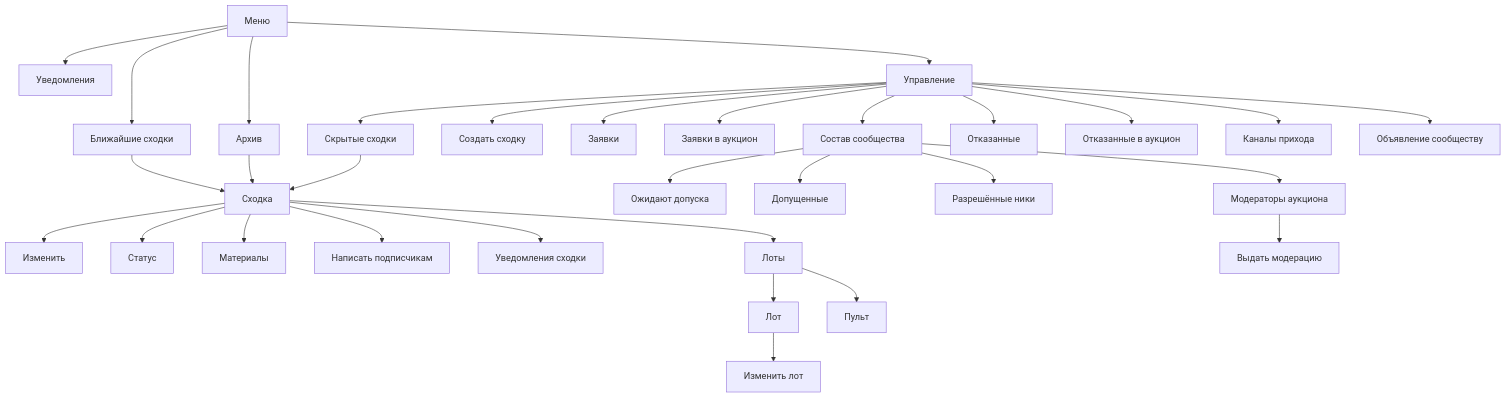
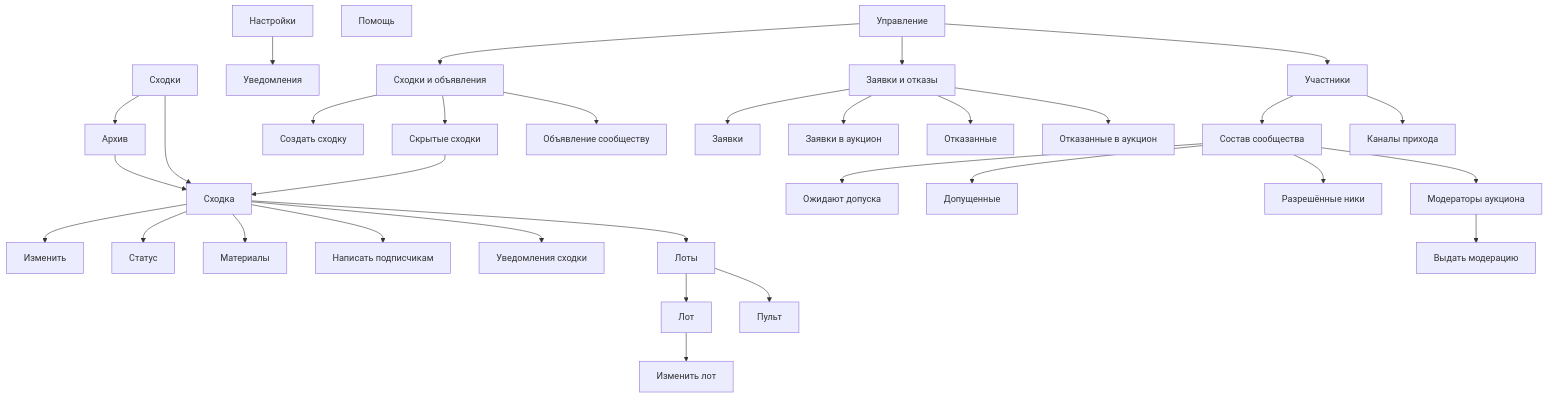
The first of 2 diagrams in docs/design/bot/design-code.md (Solguficky/solguficky-hub), drawn with Mermaid before and after one commit. The commit also changed other lines of this file and 34 other files, not shown here.

````diff
--- a/docs/design/bot/design-code.md
+++ b/docs/design/bot/design-code.md
@@ -37,38 +37,42 @@
 ```mermaid
 flowchart TD
-    menu[Меню]
-    menu --> upcoming[Ближайшие сходки]
-    menu --> archive[Архив]
-    menu --> notify[Уведомления]
-    menu --> manage[Управление]
+    meetups[Сходки]
+    meetups --> archive[Архив]
+    settings[Настройки] --> notify[Уведомления]
+    help[Помощь]
+    manage[Управление]
 
-    upcoming --> card[Сходка]
+    meetups --> card[Сходка]
     archive --> card
     hidden --> card
 
     card --> edit[Изменить]
     card --> status[Статус]
     card --> materials[Материалы]
     card --> broadcast[Написать подписчикам]
     card --> notifyMeetup[Уведомления сходки]
     card --> lots[Лоты]
     lots --> lot[Лот]
     lot --> lotForm[Изменить лот]
     lots --> console[Пульт]
 
-    manage --> create[Создать сходку]
-    manage --> hidden[Скрытые сходки]
-    manage --> applications[Заявки]
-    manage --> auctionApplications[Заявки в аукцион]
-    manage --> community[Состав сообщества]
-    manage --> refused[Отказанные]
-    manage --> auctionRefused[Отказанные в аукцион]
-    manage --> channels[Каналы прихода]
-    manage --> announce[Объявление сообществу]
+    manage --> gMeetups[Сходки и объявления]
+    manage --> gApplications[Заявки и отказы]
+    manage --> gMembers[Участники]
+
+    gMeetups --> create[Создать сходку]
+    gMeetups --> hidden[Скрытые сходки]
+    gMeetups --> announce[Объявление сообществу]
+    gApplications --> applications[Заявки]
+    gApplications --> auctionApplications[Заявки в аукцион]
+    gApplications --> refused[Отказанные]
+    gApplications --> auctionRefused[Отказанные в аукцион]
+    gMembers --> community[Состав сообщества]
+    gMembers --> channels[Каналы прихода]
 
     community --> pending[Ожидают допуска]
     community --> members[Допущенные]
     community --> nicks[Разрешённые ники]
     community --> moderators[Модераторы аукциона]
     moderators --> grant[Выдать модерацию]
 ```
````
